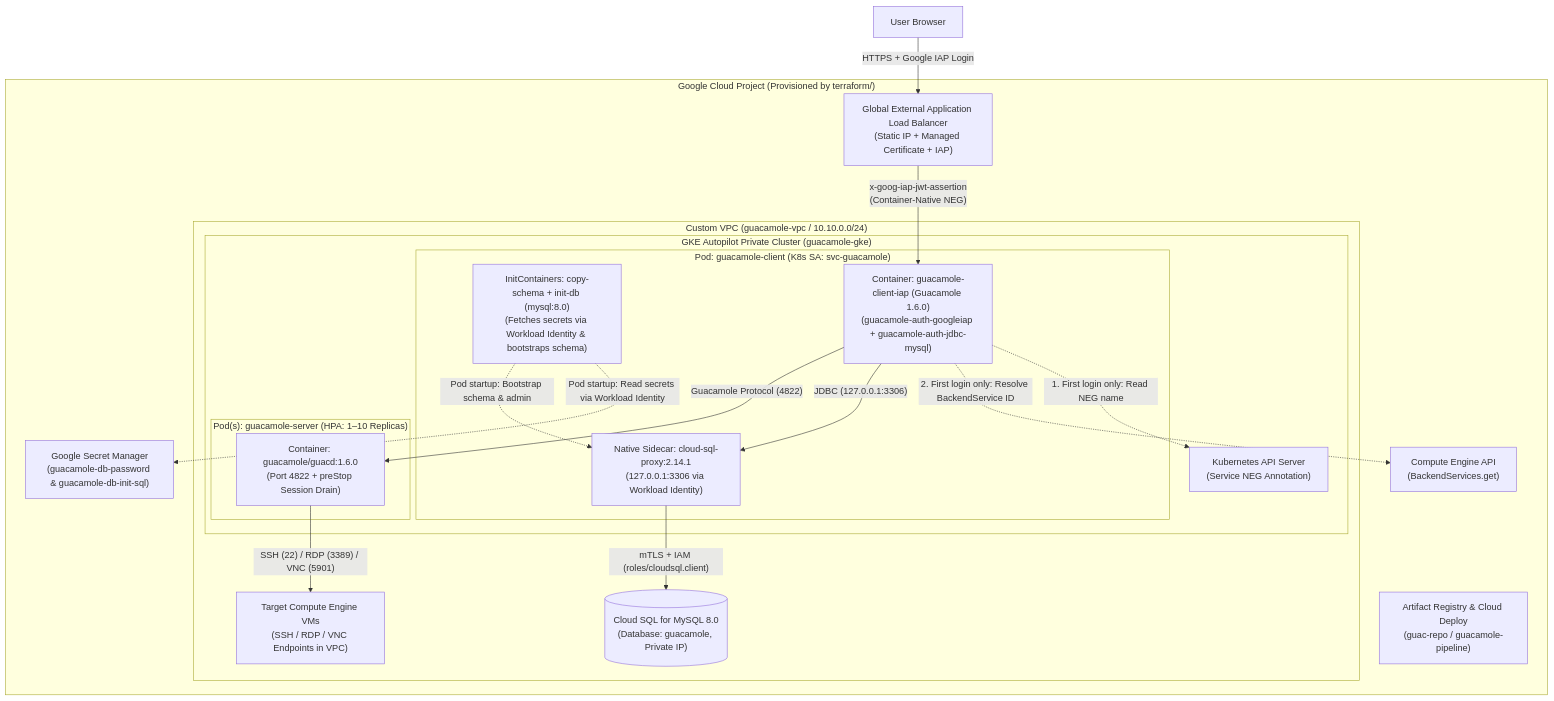
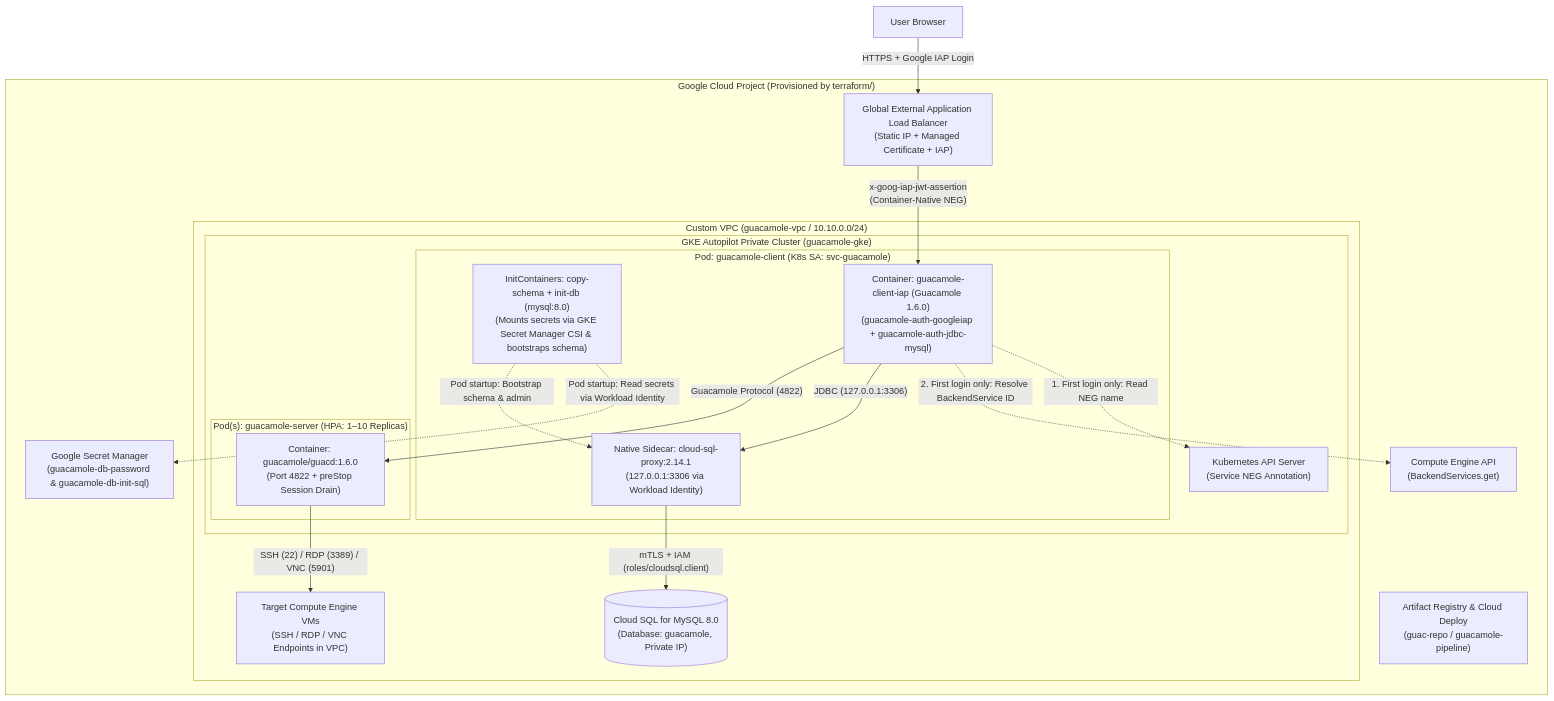
The diagram in README.md (GoogleCloudPlatform/guacamole-on-gcp), drawn with Mermaid before and after one commit. The commit also changed other lines of this file and 9 other files, not shown here.

Commit message:
feat(gke): mount Secret Manager secrets via GKE Secret Manager CSI add-on

````diff
--- a/README.md
+++ b/README.md
@@ -11,38 +11,38 @@
 ```mermaid
 flowchart TB
     User["User Browser"]
     subgraph GCP["Google Cloud Project (Provisioned by terraform/)"]
         GLB["Global External Application Load Balancer<br/>(Static IP + Managed Certificate + IAP)"]
         ComputeAPI["Compute Engine API<br/>(BackendServices.get)"]
         SM["Google Secret Manager<br/>(guacamole-db-password & guacamole-db-init-sql)"]
         AR["Artifact Registry & Cloud Deploy<br/>(guac-repo / guacamole-pipeline)"]
 
         subgraph VPC["Custom VPC (guacamole-vpc / 10.10.0.0/24)"]
             subgraph GKE["GKE Autopilot Private Cluster (guacamole-gke)"]
                 K8sAPI["Kubernetes API Server<br/>(Service NEG Annotation)"]
                 subgraph PodClient["Pod: guacamole-client (K8s SA: svc-guacamole)"]
-                    InitDB["InitContainers: copy-schema + init-db (mysql:8.0)<br/>(Fetches secrets via Workload Identity & bootstraps schema)"]
+                    InitDB["InitContainers: copy-schema + init-db (mysql:8.0)<br/>(Mounts secrets via GKE Secret Manager CSI & bootstraps schema)"]
                     GuacClient["Container: guacamole-client-iap (Guacamole 1.6.0)<br/>(guacamole-auth-googleiap + guacamole-auth-jdbc-mysql)"]
                     SQLProxy["Native Sidecar: cloud-sql-proxy:2.14.1<br/>(127.0.0.1:3306 via Workload Identity)"]
                 end
                 subgraph PodServer["Pod(s): guacamole-server (HPA: 1–10 Replicas)"]
                     Guacd["Container: guacamole/guacd:1.6.0<br/>(Port 4822 + preStop Session Drain)"]
                 end
             end
 
             CloudSQL[("Cloud SQL for MySQL 8.0<br/>(Database: guacamole, Private IP)")]
             TargetVMs["Target Compute Engine VMs<br/>(SSH / RDP / VNC Endpoints in VPC)"]
         end
     end
 
     User -->|"HTTPS + Google IAP Login"| GLB
     GLB -->|"x-goog-iap-jwt-assertion<br/>(Container-Native NEG)"| GuacClient
     GuacClient -.->|"1. First login only: Read NEG name"| K8sAPI
     GuacClient -.->|"2. First login only: Resolve BackendService ID"| ComputeAPI
     InitDB -.->|"Pod startup: Read secrets via Workload Identity"| SM
     InitDB -.->|"Pod startup: Bootstrap schema & admin"| SQLProxy
     GuacClient -->|"JDBC (127.0.0.1:3306)"| SQLProxy
     SQLProxy -->|"mTLS + IAM (roles/cloudsql.client)"| CloudSQL
     GuacClient -->|"Guacamole Protocol (4822)"| Guacd
     Guacd -->|"SSH (22) / RDP (3389) / VNC (5901)"| TargetVMs
 ```
````
